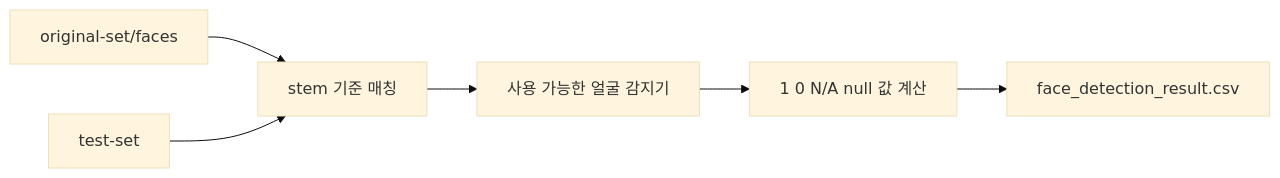
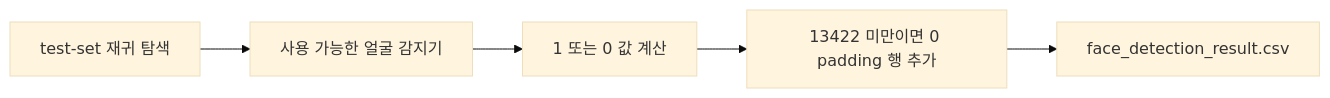
The fifth of 6 diagrams in ABSORB.md (js4484821266/Haan-Ghil-Muulnaat), drawn with Mermaid (base theme) before and after one commit. The commit also changed other lines of this file and 3 other files, not shown here.

Commit message:
refactor: update face detection script to handle test images recursively and add padding rows in CSV output

````diff
--- a/ABSORB.md
+++ b/ABSORB.md
@@ -245,8 +245,7 @@
 ```mermaid
 flowchart LR
-    OriginalDir[original-set/faces] --> Match[stem 기준 매칭]
-    TestDir[test-set] --> Match
-    Match --> Detectors[사용 가능한 얼굴 감지기]
-    Detectors --> Values[1 0 N/A null 값 계산]
-    Values --> Csv[face_detection_result.csv]
+    TestDir[test-set 재귀 탐색] --> Detectors[사용 가능한 얼굴 감지기]
+    Detectors --> Values[1 또는 0 값 계산]
+    Values --> Padding[13422 미만이면 0 padding 행 추가]
+    Padding --> Csv[face_detection_result.csv]
 ```
````
